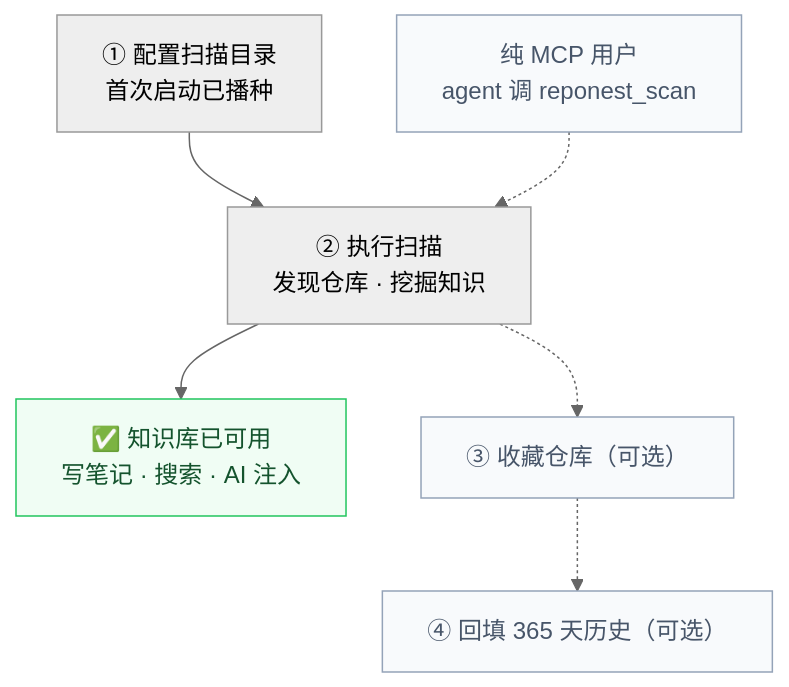
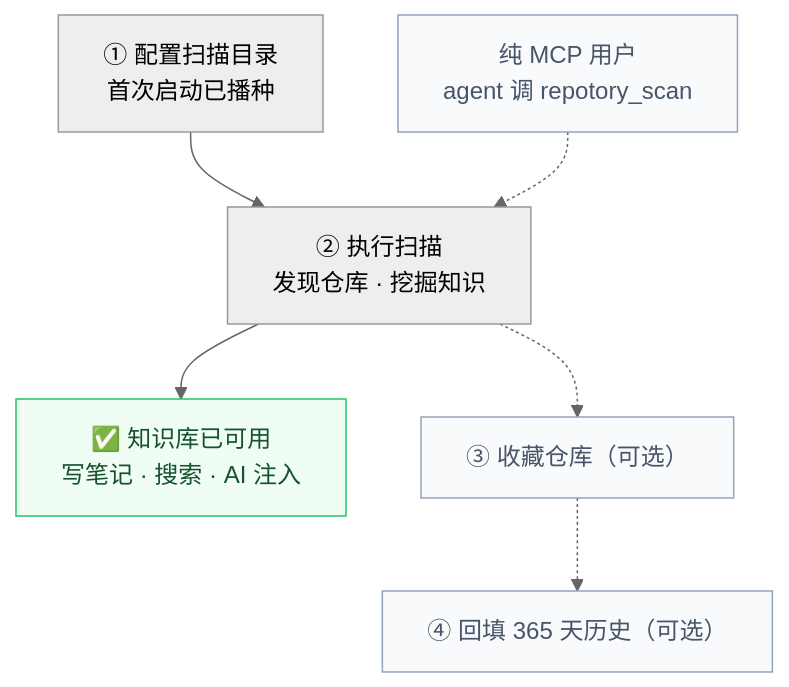
The diagram in docs/getting-started.md (sky-jiangcheng/repo-nest), drawn with Mermaid (neutral theme) before and after one commit. The commit also changed other lines of this file and 242 other files, not shown here.

````diff
--- a/docs/getting-started.md
+++ b/docs/getting-started.md
@@ -36,12 +36,12 @@
 ```mermaid
 flowchart TB
     A["① 配置扫描目录<br/>首次启动已播种"] --> B["② 执行扫描<br/>发现仓库 · 挖掘知识"]
-    E["纯 MCP 用户<br/>agent 调 reponest_scan"] -.-> B
+    E["纯 MCP 用户<br/>agent 调 repotory_scan"] -.-> B
     B --> DONE["✅ 知识库已可用<br/>写笔记 · 搜索 · AI 注入"]
     B -.-> C["③ 收藏仓库（可选）"]
     C -.-> D["④ 回填 365 天历史（可选）"]
     classDef done fill:#f0fdf4,stroke:#22c55e,color:#14532d
     classDef opt fill:#f8fafc,stroke:#94a3b8,color:#475569
     class DONE done
     class C,D,E opt
 ```
````
